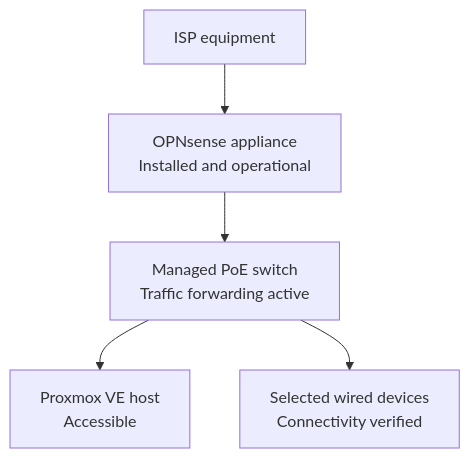
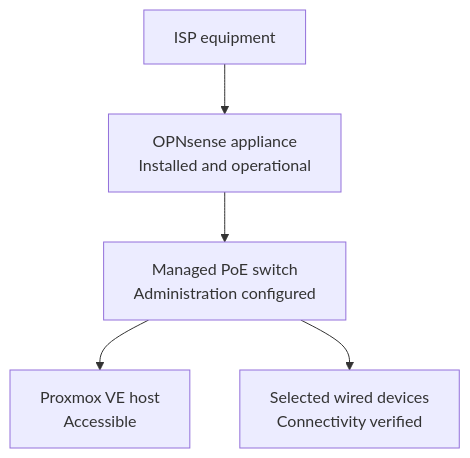
One commit to DeadPol8789/homelab changed the first of 2 diagrams in docs/physical-setup.md. Above: the diagram before and after it, drawn with Mermaid. The commit also changed other lines of this file and 8 other files, not shown here.

First line of the commit message:
Document operational managed-switch foundation (#2)

````diff
--- a/docs/physical-setup.md
+++ b/docs/physical-setup.md
@@ -44,7 +44,7 @@
 ```mermaid
 flowchart TD
     ISP["ISP equipment"] --> FW["OPNsense appliance<br/>Installed and operational"]
-    FW --> SW["Managed PoE switch<br/>Traffic forwarding active"]
+    FW --> SW["Managed PoE switch<br/>Administration configured"]
     SW --> PVE["Proxmox VE host<br/>Accessible"]
     SW --> DEV["Selected wired devices<br/>Connectivity verified"]
 ```
````
